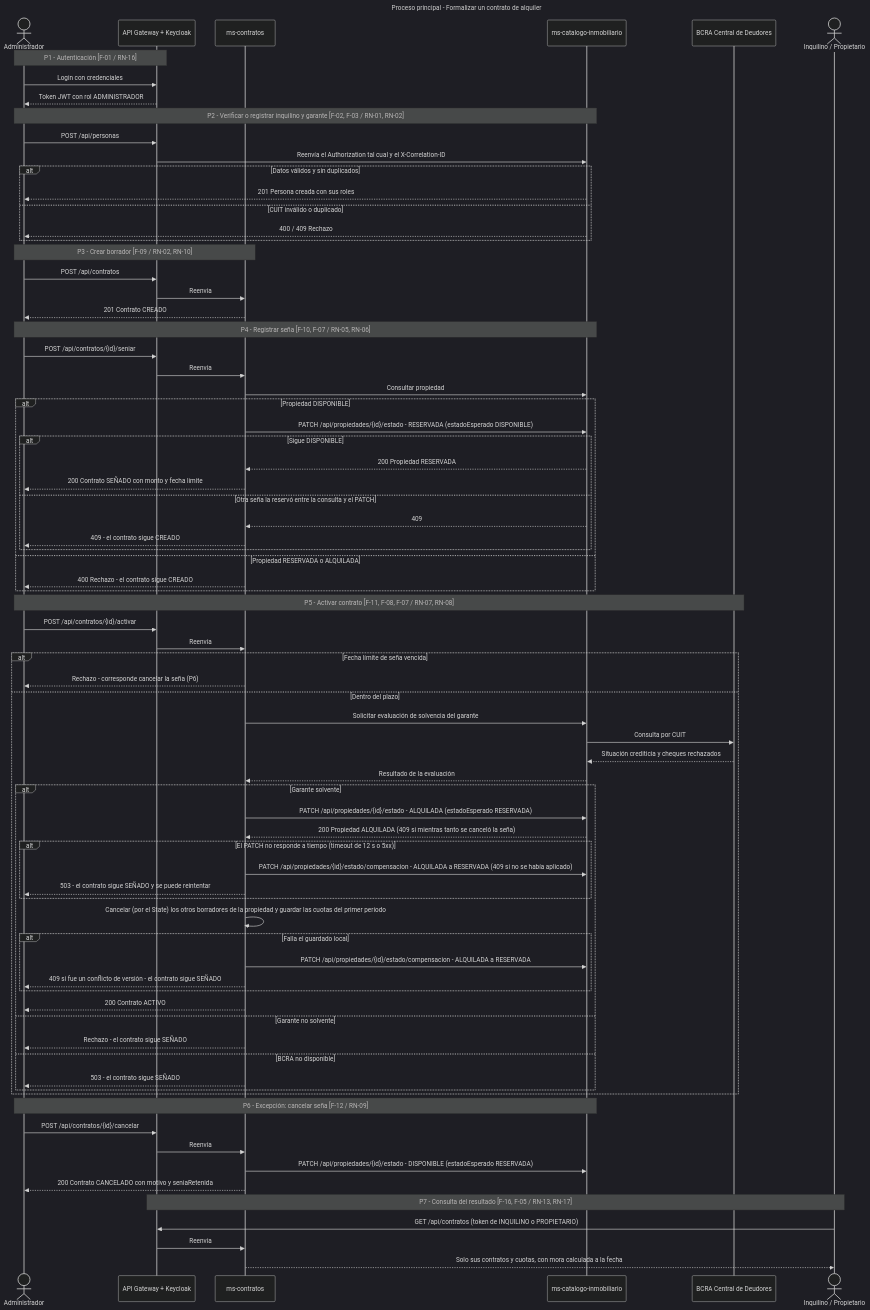
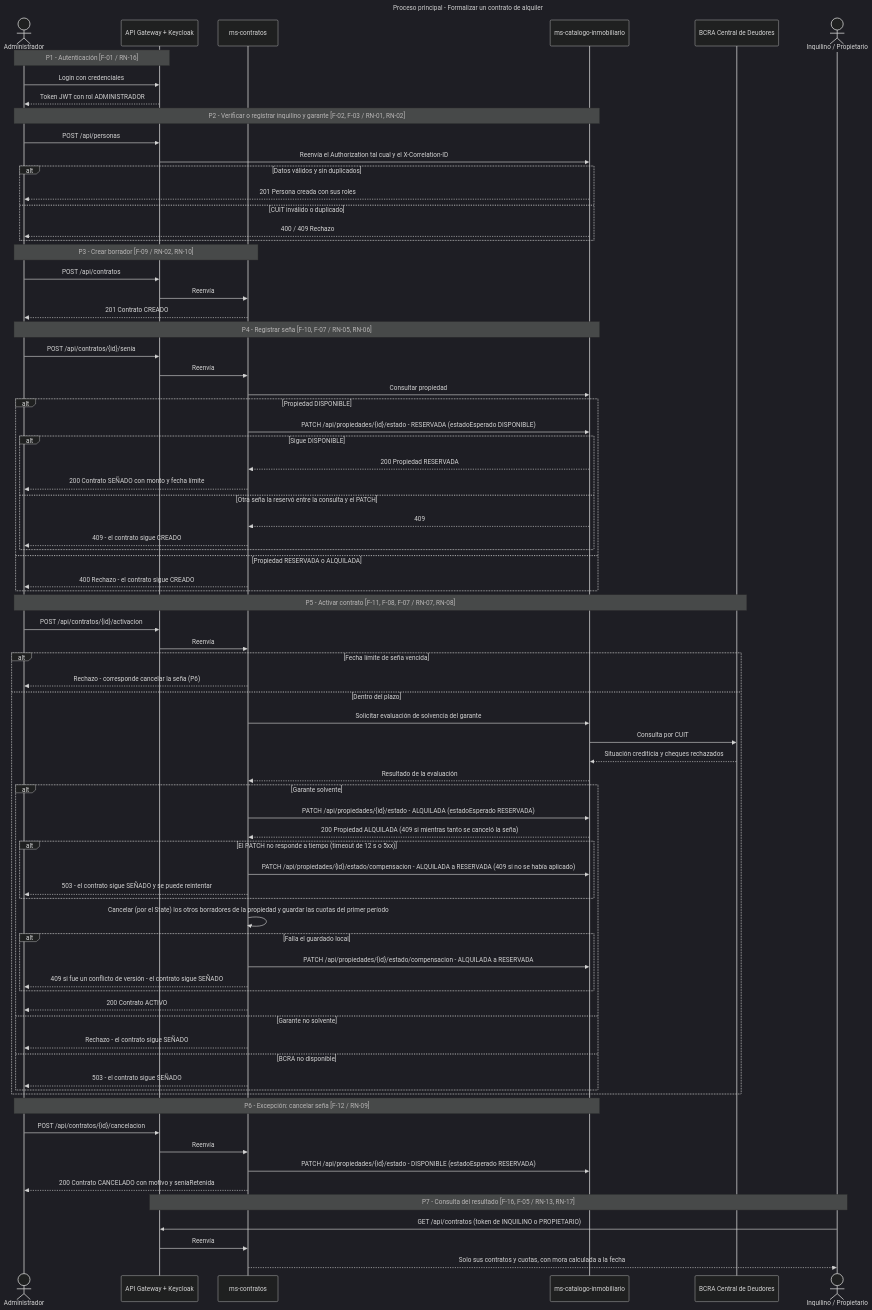
Before and after one commit to Luxuul01/tpi-back-RovedaSA: the diagram in docs/ProcesoPrincipal.md, drawn with Mermaid (dark theme). The commit also changed other lines of this file and 5 other files, not shown here.

Commit message:
docs: endpoints, diagramas y casos de prueba con las rutas sustantivas

```diff
--- a/docs/ProcesoPrincipal.md
+++ b/docs/ProcesoPrincipal.md
@@ -33,7 +33,7 @@
     CT-->>A: 201 Contrato CREADO
 
     Note over A,CA: P4 - Registrar seña [F-10, F-07 / RN-05, RN-06]
-    A->>GW: POST /api/contratos/{id}/seniar
+    A->>GW: POST /api/contratos/{id}/senia
     GW->>CT: Reenvía
     CT->>CA: Consultar propiedad
     alt Propiedad DISPONIBLE
@@ -50,7 +50,7 @@
     end
 
     Note over A,BC: P5 - Activar contrato [F-11, F-08, F-07 / RN-07, RN-08]
-    A->>GW: POST /api/contratos/{id}/activar
+    A->>GW: POST /api/contratos/{id}/activacion
     GW->>CT: Reenvía
     alt Fecha límite de seña vencida
         CT-->>A: Rechazo - corresponde cancelar la seña (P6)
@@ -80,7 +80,7 @@
     end
 
     Note over A,CA: P6 - Excepción: cancelar seña [F-12 / RN-09]
-    A->>GW: POST /api/contratos/{id}/cancelar
+    A->>GW: POST /api/contratos/{id}/cancelacion
     GW->>CT: Reenvía
     CT->>CA: PATCH /api/propiedades/{id}/estado - DISPONIBLE (estadoEsperado RESERVADA)
     CT-->>A: 200 Contrato CANCELADO con motivo y seniaRetenida
```
